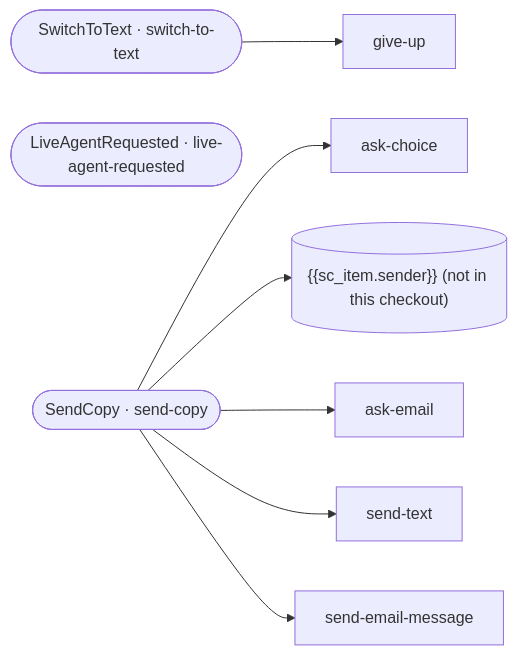
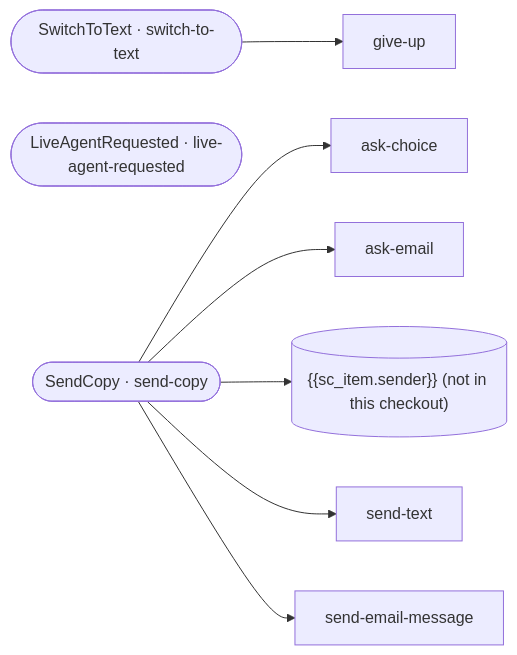
One commit to ronpinkas/jsfe changed the diagram in docs/flows/system/README.md. Above: the diagram before and after it, drawn with Mermaid. The commit also changed other lines of this file and 2 other files, not shown here.

Commit message:
jsfe flows: reference copy of the prod shared sets from AIDevelopment 4d24071

````diff
--- a/docs/flows/system/README.md
+++ b/docs/flows/system/README.md
@@ -6,12 +6,12 @@
 ```mermaid
 flowchart LR
    switch_to_text(["SwitchToText · switch-to-text"])
    switch_to_text --> give_up["give-up"]
    live_agent_requested(["LiveAgentRequested · live-agent-requested"])
    send_copy(["SendCopy · send-copy"])
    send_copy --> ask_choice["ask-choice"]
+   send_copy --> ask_email["ask-email"]
    send_copy --> x__sc_item_sender_[("#123;#123;sc_item.sender#125;#125; (not in this checkout)")]
-   send_copy --> ask_email["ask-email"]
    send_copy --> send_text["send-text"]
    send_copy --> send_email_message["send-email-message"]
 ```
````
